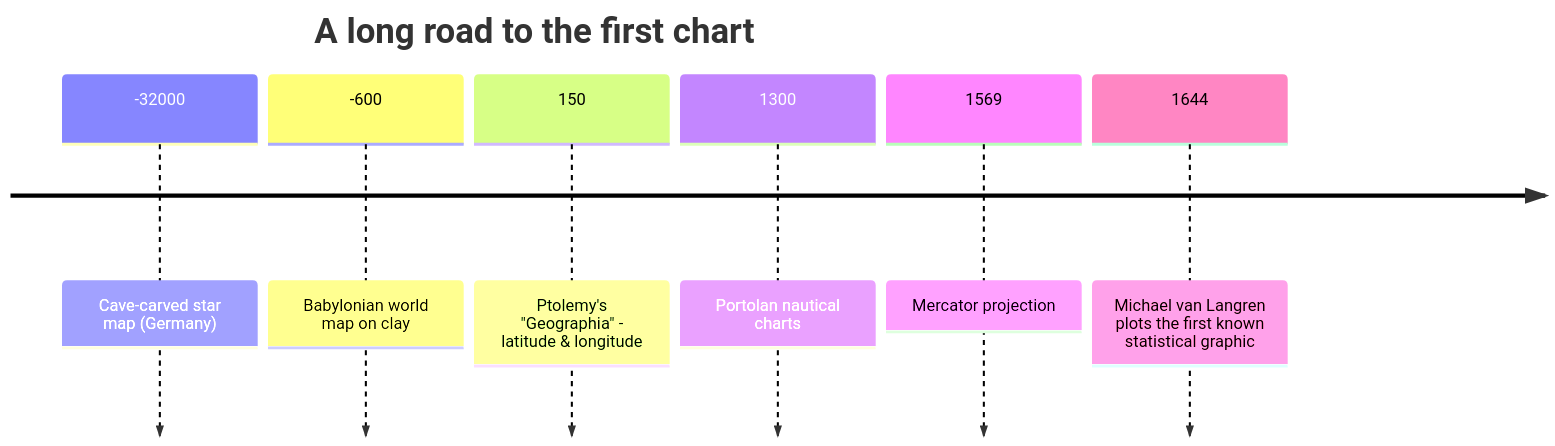
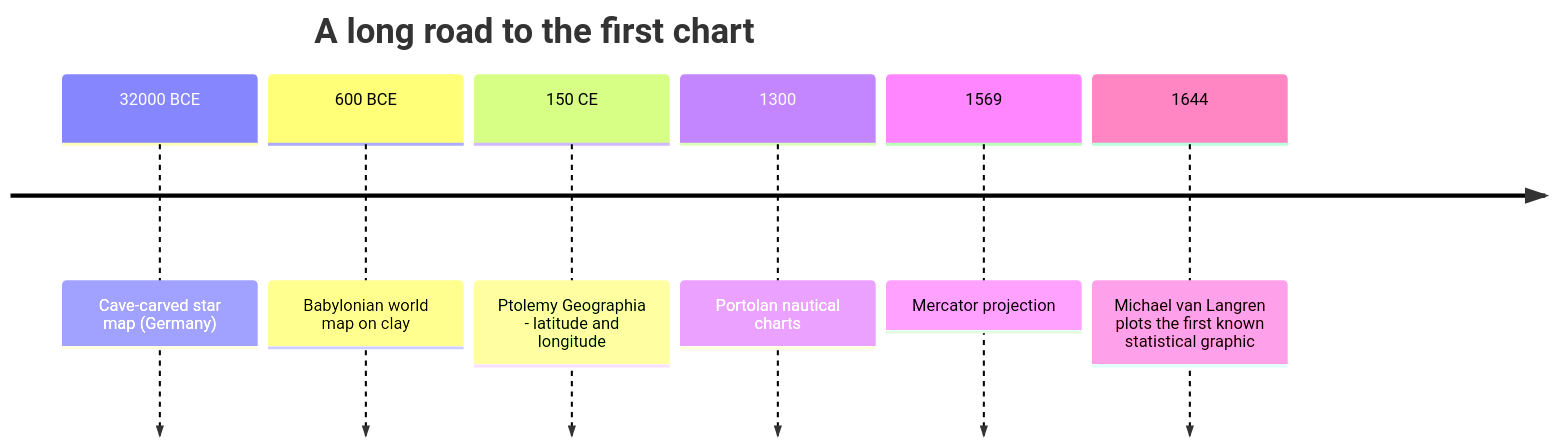
Before and after one commit to dataslope/dataslope: the first of 2 diagrams in content/learn/intro-data-viz-plotly/history-of-visual-communication.mdx, drawn with Mermaid. The commit also changed 28 other files, not shown here.

Commit message:
Fix MDX build errors: backticks in template literals, f-string escaping, Mermaid parse errors

````diff
--- a/content/learn/intro-data-viz-plotly/history-of-visual-communication.mdx
+++ b/content/learn/intro-data-viz-plotly/history-of-visual-communication.mdx
@@ -23,10 +23,10 @@
 ```mermaid
 timeline
     title A long road to the first chart
-    -32000 : Cave-carved star map (Germany)
-    -600   : Babylonian world map on clay
-    150    : Ptolemy's "Geographia" - latitude & longitude
-    1300   : Portolan nautical charts
-    1569   : Mercator projection
-    1644   : Michael van Langren plots the first known statistical graphic
+    32000 BCE : Cave-carved star map (Germany)
+    600 BCE : Babylonian world map on clay
+    150 CE : Ptolemy Geographia - latitude and longitude
+    1300 : Portolan nautical charts
+    1569 : Mercator projection
+    1644 : Michael van Langren plots the first known statistical graphic
 ```
````
